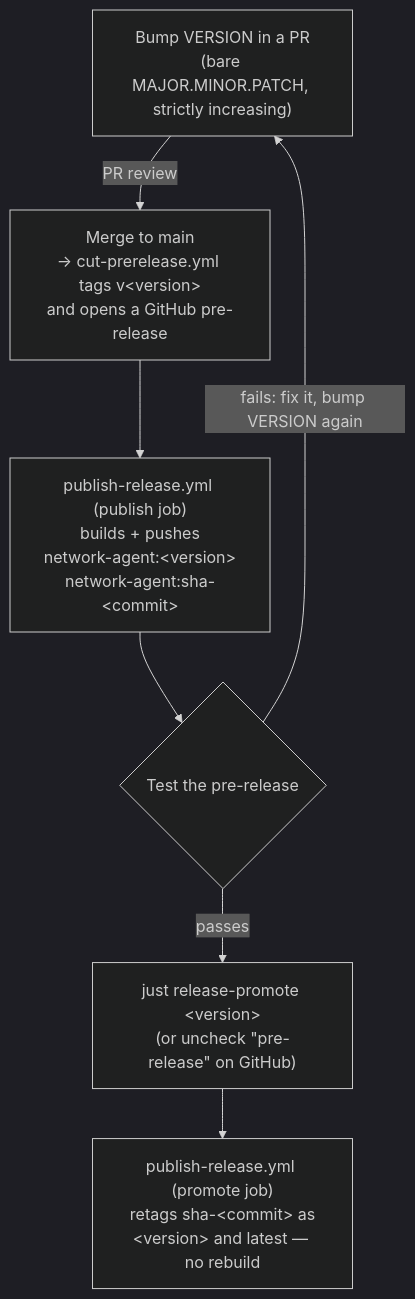
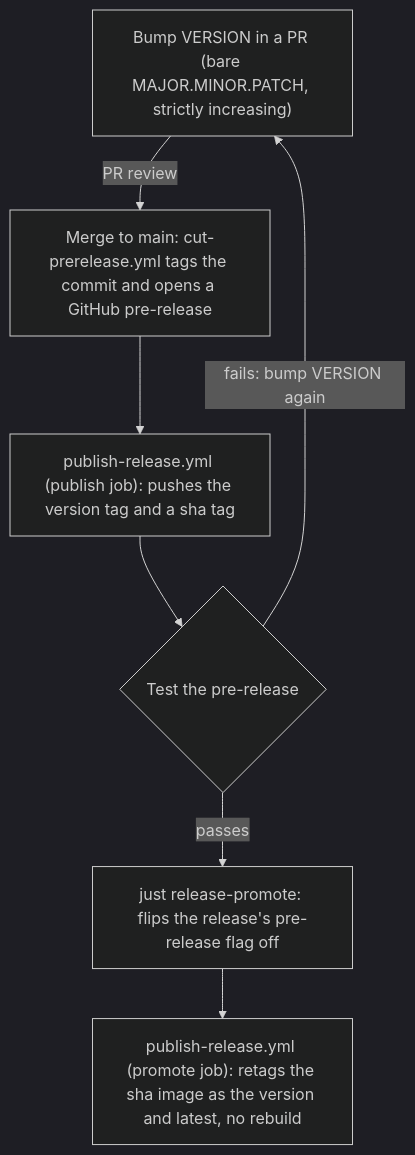
The diagram in docs/RELEASING.md (newrelic-forks/newrelic-network-agent), drawn with Mermaid (dark theme) before and after one commit.

Commit message:
docs: simplify the RELEASING.md diagram for GitHub's mermaid renderer
The previous version rendered fine via mermaid.ink but not on GitHub itself
-- dropped <br/> tags, HTML entities, and edge-label+chain combos in favor
of single-line labels and one edge per statement, which is unambiguous
across renderers.

````diff
--- a/docs/RELEASING.md
+++ b/docs/RELEASING.md
@@ -16,13 +16,16 @@
 ```mermaid
 flowchart TD
-    A["Bump VERSION in a PR<br/>(bare MAJOR.MINOR.PATCH, strictly increasing)"]
-    B["Merge to main<br/>→ cut-prerelease.yml tags v&lt;version&gt;<br/>and opens a GitHub pre-release"]
-    C["publish-release.yml (publish job)<br/>builds + pushes<br/>network-agent:&lt;version&gt;<br/>network-agent:sha-&lt;commit&gt;"]
+    A["Bump VERSION in a PR (bare MAJOR.MINOR.PATCH, strictly increasing)"]
+    B["Merge to main: cut-prerelease.yml tags the commit and opens a GitHub pre-release"]
+    C["publish-release.yml (publish job): pushes the version tag and a sha tag"]
     D{"Test the pre-release"}
-    E["just release-promote &lt;version&gt;<br/>(or uncheck &quot;pre-release&quot; on GitHub)"]
-    F["publish-release.yml (promote job)<br/>retags sha-&lt;commit&gt; as<br/>&lt;version&gt; and latest — no rebuild"]
+    E["just release-promote: flips the release's pre-release flag off"]
+    F["publish-release.yml (promote job): retags the sha image as the version and latest, no rebuild"]
 
-    A -->|PR review| B --> C --> D
-    D -->|fails: fix it, bump VERSION again| A
-    D -->|passes| E --> F
+    A -->|PR review| B
+    B --> C
+    C --> D
+    D -->|fails: bump VERSION again| A
+    D -->|passes| E
+    E --> F
 ```
````
